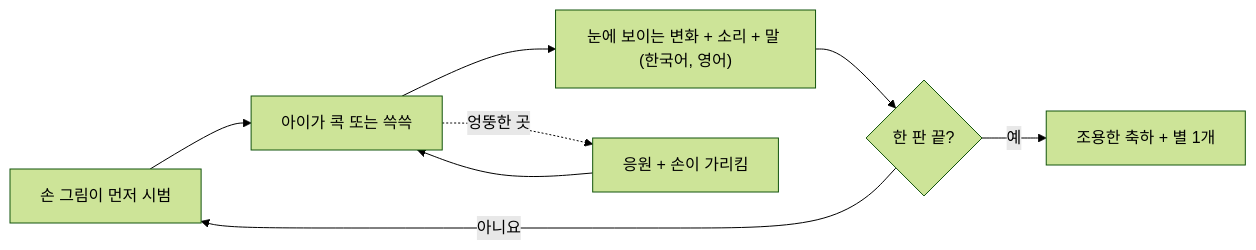
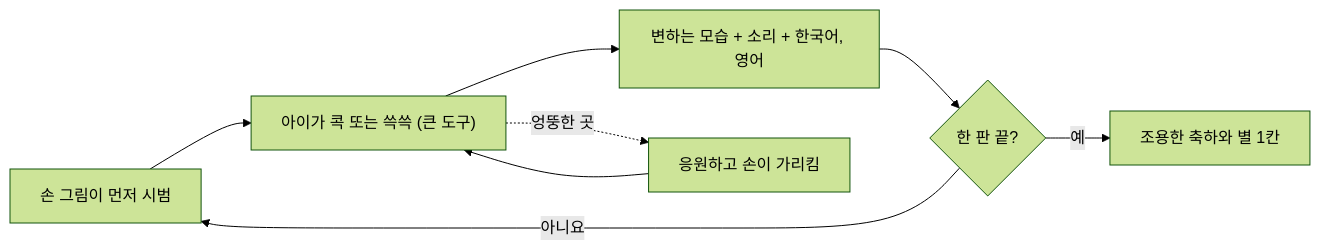
The second of 7 diagrams in 말랑놀이터/설계/README.md (hojinwin8585-source/TJ), drawn with Mermaid (forest theme) before and after one commit. The commit also changed other lines of this file and 10 other files, not shown here.

````diff
--- a/말랑놀이터/설계/README.md
+++ b/말랑놀이터/설계/README.md
@@ -33,9 +33,9 @@
 ```mermaid
 flowchart LR
-  A["손 그림이 먼저 시범"] --> B["아이가 콕 또는 쓱쓱"]
-  B --> C["눈에 보이는 변화 + 소리 + 말 (한국어, 영어)"]
+  A["손 그림이 먼저 시범"] --> B["아이가 콕 또는 쓱쓱 (큰 도구)"]
+  B --> C["변하는 모습 + 소리 + 한국어, 영어"]
   C --> D{"한 판 끝?"}
   D -- 아니요 --> A
-  D -- 예 --> E["조용한 축하 + 별 1개"]
-  B -. 엉뚱한 곳 .-> F["응원 + 손이 가리킴"] --> B
+  D -- 예 --> E["조용한 축하와 별 1칸"]
+  B -. 엉뚱한 곳 .-> F["응원하고 손이 가리킴"] --> B
 ```
````
